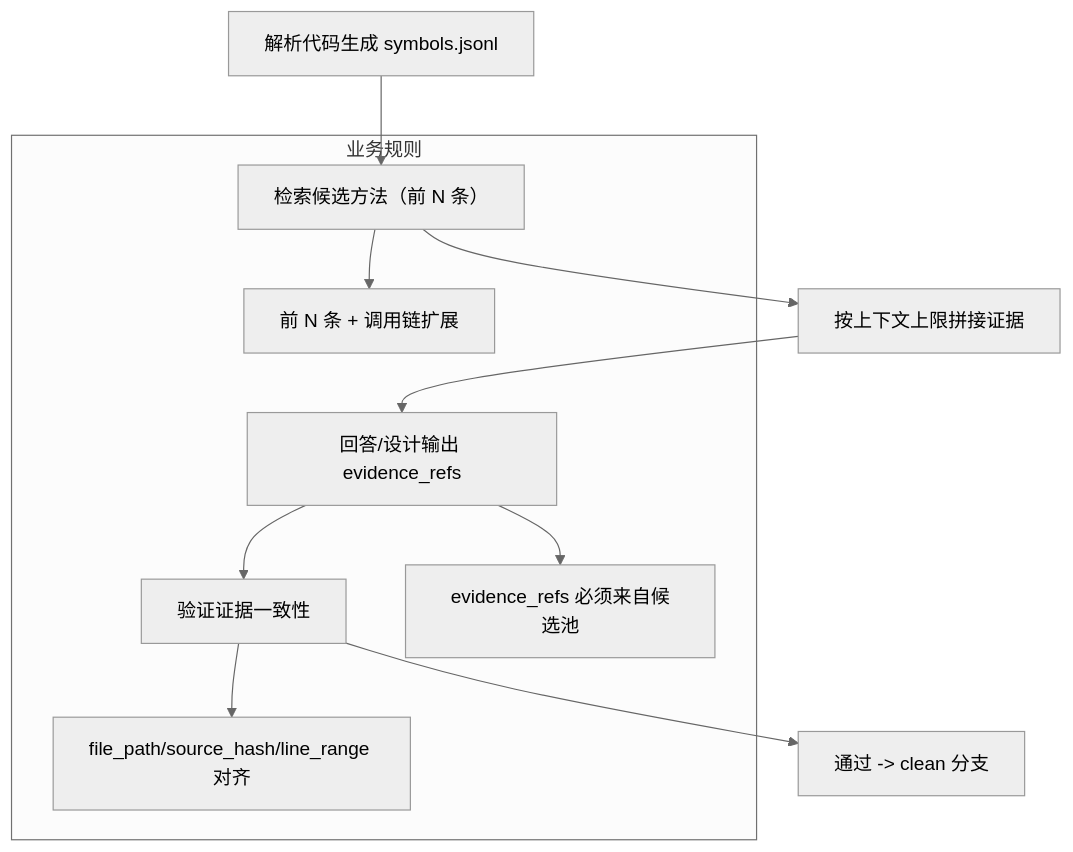
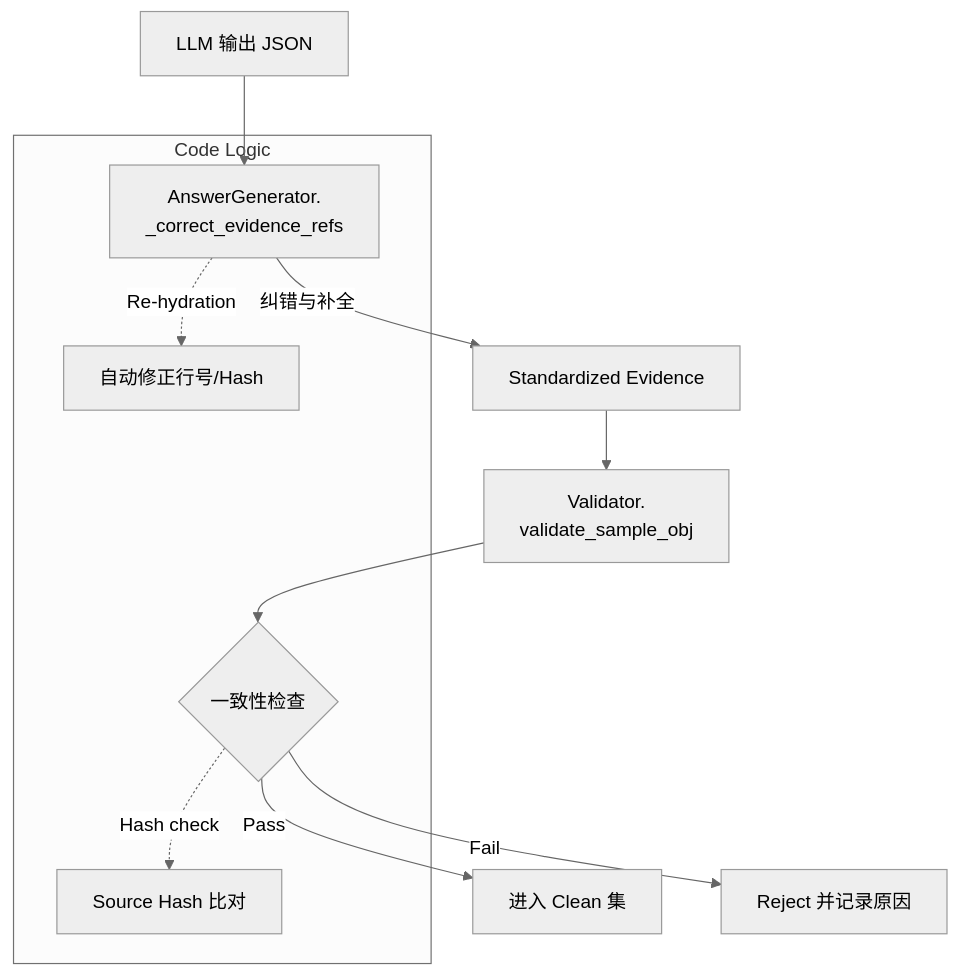
One commit to FlutteryEmbers/intelligent_code changed the diagram in docs/features/03_quality/grounding_integrity.md. Above: the diagram before and after it, drawn with Mermaid (neutral theme). The commit also changed other lines of this file and 8 other files, not shown here.

````diff
--- a/docs/features/03_quality/grounding_integrity.md
+++ b/docs/features/03_quality/grounding_integrity.md
@@ -45,14 +70,14 @@
 ```mermaid
 flowchart TD
-  A[解析代码生成 symbols.jsonl] --> B[检索候选方法（前 N 条）]
-  B --> C[按上下文上限拼接证据]
-  C --> D[回答/设计输出 evidence_refs]
-  D --> E[验证证据一致性]
-  E --> F[通过 -> clean 分支]
+  A[LLM 输出 JSON] --> B[AnswerGenerator.\n_correct_evidence_refs]
+  B --> |纠错与补全| C[Standardized Evidence]
+  C --> D[Validator.\nvalidate_sample_obj]
+  D --> E{一致性检查}
+  E -- Pass --> F[进入 Clean 集]
+  E -- Fail --> G[Reject 并记录原因]
 
-  subgraph 业务规则
-    B --> B1[前 N 条 + 调用链扩展]
-    D --> D1[evidence_refs 必须来自候选池]
-    E --> E1[file_path/source_hash/line_range 对齐]
+  subgraph Code Logic
+    B -.-> |Re-hydration| H[自动修正行号/Hash]
+    E -.-> |Hash check| I[Source Hash 比对]
   end
 ```
````
